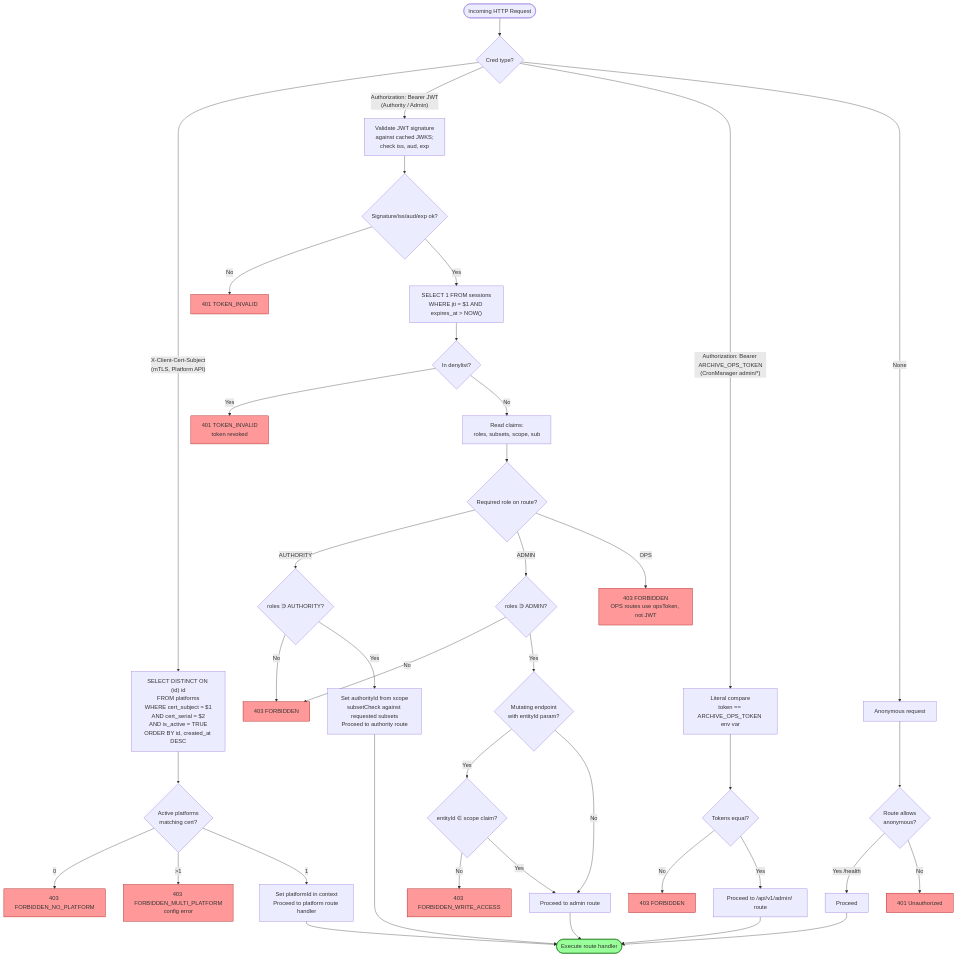
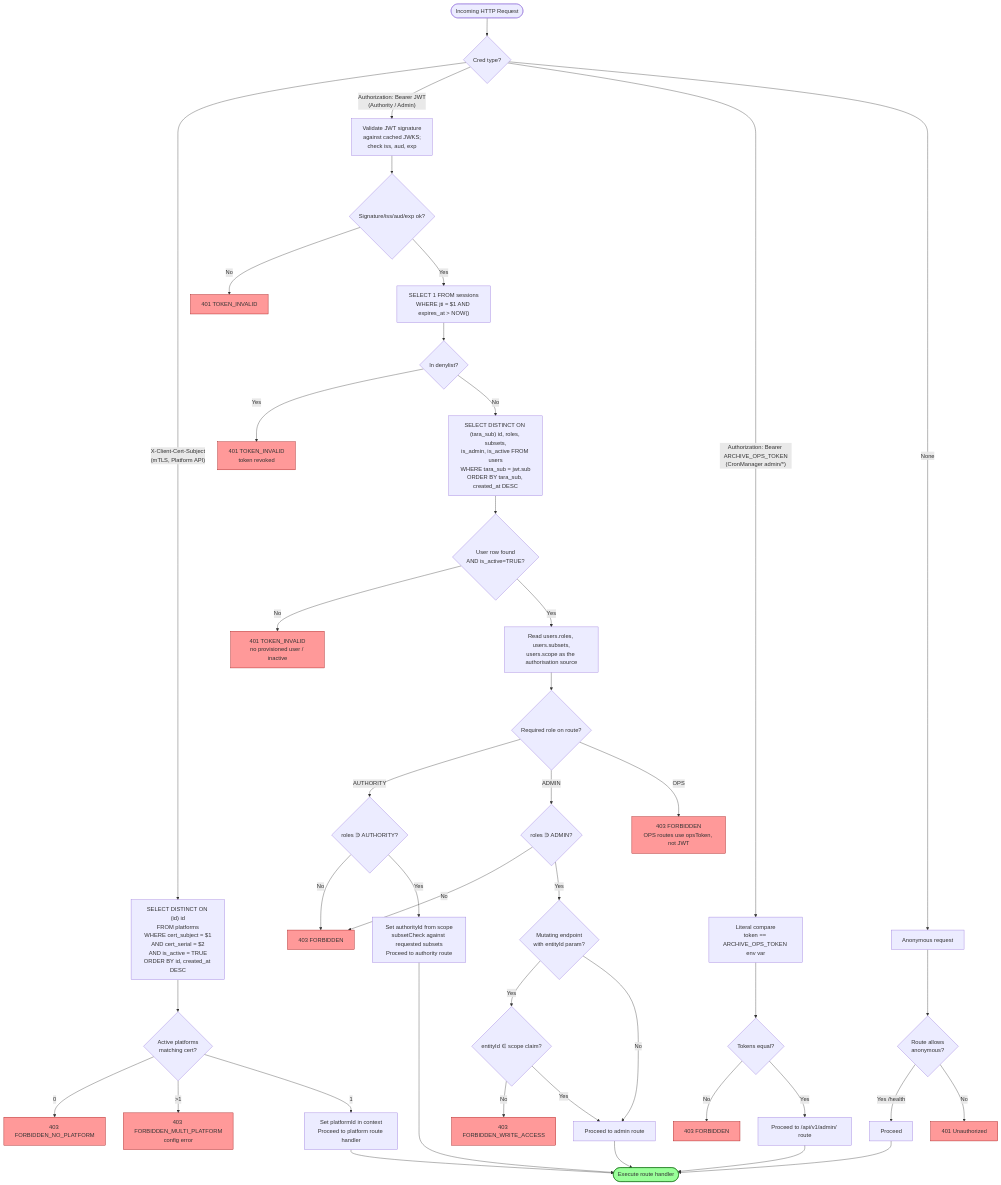
The diagram in docs/specs/diagrams/flow-02-authorization-check.mmd (kemit-ee/efti-gate-ee), drawn with Mermaid before and after one commit. The commit also changed 26 other files, not shown here.

```diff
--- a/docs/specs/diagrams/flow-02-authorization-check.mmd
+++ b/docs/specs/diagrams/flow-02-authorization-check.mmd
@@ -1,60 +1,65 @@
 flowchart TD
     Start([Incoming HTTP Request]) --> ProxyType{Cred type?}
 
     ProxyType -->|"X-Client-Cert-Subject<br/>(mTLS, Platform API)"| LookupCert["SELECT DISTINCT ON (id) id<br/>FROM platforms<br/>WHERE cert_subject = $1<br/>AND cert_serial = $2<br/>AND is_active = TRUE<br/>ORDER BY id, created_at DESC"]
     ProxyType -->|"Authorization: Bearer JWT<br/>(Authority / Admin)"| ValidateJwt[Validate JWT signature<br/>against cached JWKS;<br/>check iss, aud, exp]
     ProxyType -->|"Authorization: Bearer ARCHIVE_OPS_TOKEN<br/>(CronManager admin/*)"| OpsCompare["Literal compare<br/>token == ARCHIVE_OPS_TOKEN env var"]
     ProxyType -->|"None"| Anon[Anonymous request]
 
     LookupCert --> CertCount{Active platforms<br/>matching cert?}
     CertCount -->|0| Ret403NP[403 FORBIDDEN_NO_PLATFORM]
     CertCount -->|>1| Ret403MP[403 FORBIDDEN_MULTI_PLATFORM<br/>config error]
     CertCount -->|1| PlatformAccess[Set platformId in context<br/>Proceed to platform route handler]
 
     ValidateJwt --> JwtValid{Signature/iss/aud/exp ok?}
     JwtValid -->|No| Ret401[401 TOKEN_INVALID]
     JwtValid -->|Yes| Denylist["SELECT 1 FROM sessions<br/>WHERE jti = $1 AND expires_at > NOW()"]
 
     Denylist --> Revoked{In denylist?}
     Revoked -->|Yes| Ret401Rev[401 TOKEN_INVALID<br/>token revoked]
-    Revoked -->|No| ExtractClaims[Read claims:<br/>roles, subsets, scope, sub]
+    Revoked -->|No| LookupUser["SELECT DISTINCT ON (tara_sub) id, roles, subsets,<br/>is_admin, is_active FROM users<br/>WHERE tara_sub = jwt.sub<br/>ORDER BY tara_sub, created_at DESC"]
+
+    LookupUser --> UserFound{User row found<br/>AND is_active=TRUE?}
+    UserFound -->|No| Ret401NoUser[401 TOKEN_INVALID<br/>no provisioned user / inactive]
+    UserFound -->|Yes| ExtractClaims[Read users.roles, users.subsets,<br/>users.scope as the authorisation source]
 
     ExtractClaims --> RouteType{Required role on route?}
     RouteType -->|AUTHORITY| CheckAuth{roles ∋ AUTHORITY?}
     RouteType -->|ADMIN| CheckAdmin{roles ∋ ADMIN?}
     RouteType -->|OPS| Ret403Wrong[403 FORBIDDEN<br/>OPS routes use opsToken, not JWT]
 
     CheckAuth -->|No| Ret403[403 FORBIDDEN]
     CheckAuth -->|Yes| AuthorityAccess[Set authorityId from scope<br/>subsetCheck against requested subsets<br/>Proceed to authority route]
 
     CheckAdmin -->|No| Ret403
     CheckAdmin -->|Yes| AdminWrite{Mutating endpoint<br/>with entityId param?}
     AdminWrite -->|Yes| CheckScope{entityId ∈ scope claim?}
     AdminWrite -->|No| AdminAccess[Proceed to admin route]
     CheckScope -->|No| Ret403WA[403 FORBIDDEN_WRITE_ACCESS]
     CheckScope -->|Yes| AdminAccess
 
     OpsCompare --> OpsMatch{Tokens equal?}
     OpsMatch -->|No| Ret403Ops[403 FORBIDDEN]
     OpsMatch -->|Yes| OpsAccess[Proceed to /api/v1/admin/ route]
 
     Anon --> AnonRoute{Route allows<br/>anonymous?}
     AnonRoute -->|Yes /health| AnonProceed[Proceed]
     AnonRoute -->|No| Ret401Unauth[401 Unauthorized]
 
     PlatformAccess --> Exec([Execute route handler])
     AuthorityAccess --> Exec
     AdminAccess --> Exec
     OpsAccess --> Exec
     AnonProceed --> Exec
 
     style Ret401 fill:#f99,stroke:#900
     style Ret401Rev fill:#f99,stroke:#900
+    style Ret401NoUser fill:#f99,stroke:#900
     style Ret401Unauth fill:#f99,stroke:#900
     style Ret403 fill:#f99,stroke:#900
     style Ret403Wrong fill:#f99,stroke:#900
     style Ret403WA fill:#f99,stroke:#900
     style Ret403Ops fill:#f99,stroke:#900
     style Ret403NP fill:#f99,stroke:#900
     style Ret403MP fill:#f99,stroke:#900
     style Exec fill:#9f9,stroke:#060
```
